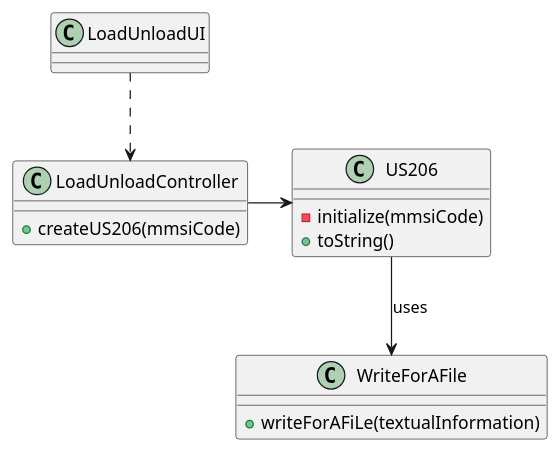
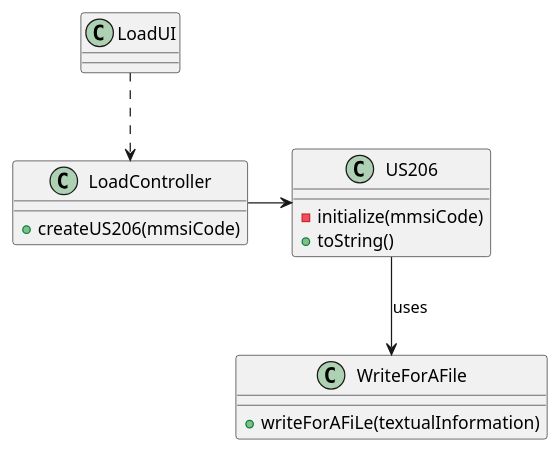
One commit to 0franciscor/lapr3-2021-g042 changed the diagram in docs/US206/US206_CD.puml. Above: the diagram before and after it, drawn with PlantUML. The commit also changed 3 other files, not shown here.

Commit message:
G42-134 #time 2m #Comment Readjustments Class Diagram

```diff
--- a/docs/US206/US206_CD.puml
+++ b/docs/US206/US206_CD.puml
@@ -1,29 +1,29 @@
 @startuml
 'https://plantuml.com/class-diagram
 
-class LoadUnloadUI{
+class LoadUI{
 
 }
 
-class LoadUnloadController{
+class LoadController{
 + createUS206(mmsiCode)
 }
 
 
 class US206 {
 - initialize(mmsiCode)
 + toString()
 
 }
 
 class WriteForAFile{
 + writeForAFiLe(textualInformation)
 
 }
 
 
-LoadUnloadUI ..> LoadUnloadController
-LoadUnloadController -> US206
+LoadUI ..> LoadController
+LoadController -> US206
 US206 --> WriteForAFile : uses
 
 @enduml
```
